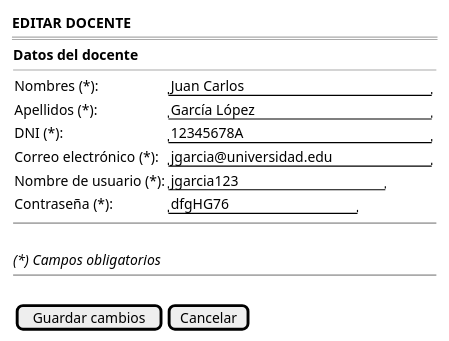
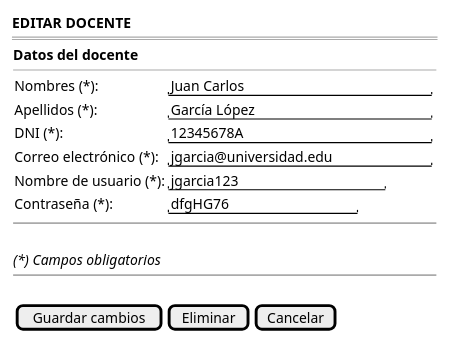
The diagram in documents/casos-de-uso/prototipadoCasosDeUso/editarDocente/editarDocente.puml (martinlopez7/25-26-IdSw1-SdR), drawn with PlantUML before and after one commit. The commit also changed 64 other files, not shown here.

```diff
--- a/documents/casos-de-uso/prototipadoCasosDeUso/editarDocente/editarDocente.puml
+++ b/documents/casos-de-uso/prototipadoCasosDeUso/editarDocente/editarDocente.puml
@@ -1,26 +1,26 @@
 @startsalt editarDocente_FORMULARIO
 {
     <b>EDITAR DOCENTE</b>
     ===
     {
         <b>Datos del docente</b>
         --
         {
             Nombres (*):    | "Juan Carlos                 "
             Apellidos (*):  | "García López                "
             DNI (*):        | "12345678A                   "
             Correo electrónico (*): | "jgarcia@universidad.edu     "
             Nombre de usuario (*):           | "jgarcia123             "
             Contraseña (*):           | "dfgHG76             "
         }
         
         ~~
         .
         <i>(*) Campos obligatorios</i>
         
         ~~
         .
-        {[Guardar cambios] | [Cancelar]}
+        {[Guardar cambios] | [Eliminar] | [Cancelar]}
     }
 }
 @endsalt
```
